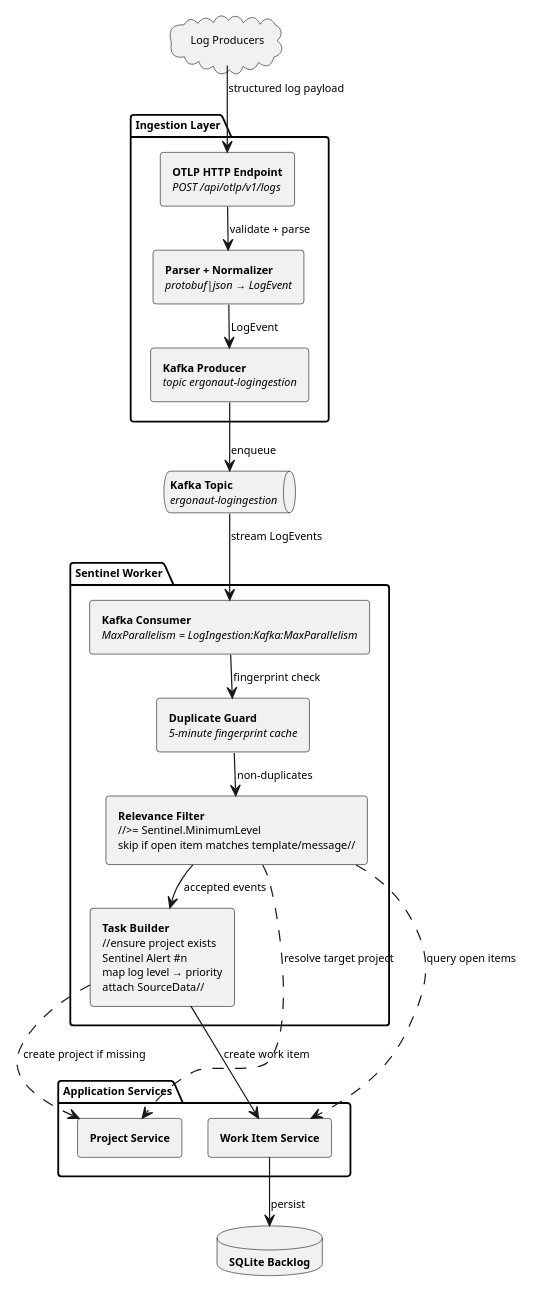
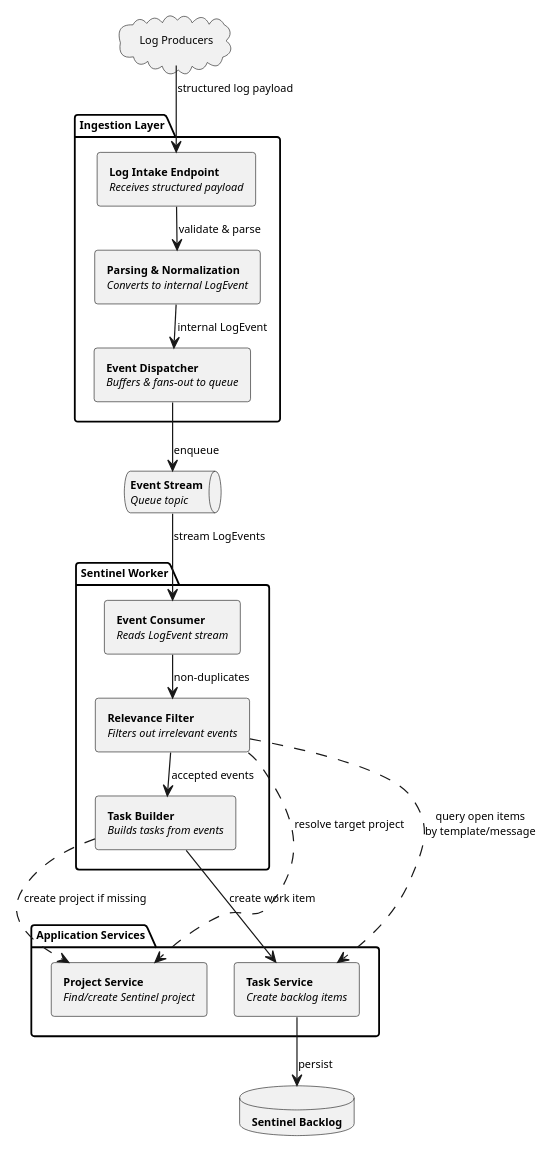
The diagram in docs/report/figures/sentinel-task-flow.puml (LukasLeindals/ergonaut), drawn with PlantUML before and after one commit.

Commit message:
revert sentinel task flow

```diff
--- a/docs/report/figures/sentinel-task-flow.puml
+++ b/docs/report/figures/sentinel-task-flow.puml
@@ -1,54 +1,53 @@
 @startuml sentinel_task_definition
+
 top to bottom direction
 scale 0.75
 
 skinparam componentStyle rectangle
 skinparam DefaultFontSize 9
 skinparam TitleFontSize 12
 skinparam ComponentFontSize 9
 skinparam PackagePadding 4
 skinparam ComponentPadding 4
 skinparam ComponentSpacing 6
 skinparam NodeSep 22
 skinparam RankSep 22
 
 cloud "Log Producers" as Producers
 
 package "Ingestion Layer" {
-  component "**OTLP HTTP Endpoint**\n//POST /api/otlp/v1/logs//" as Intake
-  component "**Parser + Normalizer**\n//protobuf|json → LogEvent//" as Normalize
-  component "**Kafka Producer**\n//topic ergonaut-logingestion//" as Dispatch
+  component "**Log Intake Endpoint**\n//Receives structured payload//" as Intake
+  component "**Parsing & Normalization**\n//Converts to internal LogEvent//" as Normalize
+  component "**Event Dispatcher**\n//Buffers & fans-out to queue//" as Dispatch
 }
 
-queue "**Kafka Topic**\n//ergonaut-logingestion//" as EventStream
+queue "**Event Stream**\n//Queue topic//" as EventStream
 
 package "Sentinel Worker" {
-  component "**Kafka Consumer**\n//MaxParallelism = LogIngestion:Kafka:MaxParallelism//" as Consumer
-  component "**Duplicate Guard**\n//5-minute fingerprint cache//" as Deduper
-  component "**Relevance Filter**\n//>= Sentinel.MinimumLevel\nskip if open item matches template/message//" as Filter
-  component "**Task Builder**\n//ensure project exists\nSentinel Alert #n\nmap log level → priority\nattach SourceData//" as Builder
+  component "**Event Consumer**\n//Reads LogEvent stream//" as Consumer
+  component "**Relevance Filter**\n//Filters out irrelevant events//" as Filter
+  component "**Task Builder**\n//Builds tasks from events//" as Builder
 }
 
 package "Application Services" {
-  component "**Project Service**" as ProjectService
-  component "**Work Item Service**" as TaskService
+  component "**Project Service**\n//Find/create Sentinel project//" as ProjectService
+  component "**Task Service**\n//Create backlog items//" as TaskService
 }
 
-database "**SQLite Backlog**" as Backlog
+database "**Sentinel Backlog**" as Backlog
 
 Producers --> Intake : structured log payload
-Intake --> Normalize : validate + parse
-Normalize --> Dispatch : LogEvent
+Intake --> Normalize : validate & parse
+Normalize --> Dispatch : internal LogEvent
 Dispatch --> EventStream : enqueue
 
 EventStream --> Consumer : stream LogEvents
-Consumer --> Deduper : fingerprint check
-Deduper --> Filter : non-duplicates
+Consumer --> Filter : non-duplicates
 Filter ..> ProjectService : resolve target project
-Filter ..> TaskService : query open items
+Filter ..> TaskService : query open items\nby template/message
 Filter --> Builder : accepted events
 Builder ..> ProjectService : create project if missing
 Builder --> TaskService : create work item
 TaskService --> Backlog : persist
 
 @enduml
```
